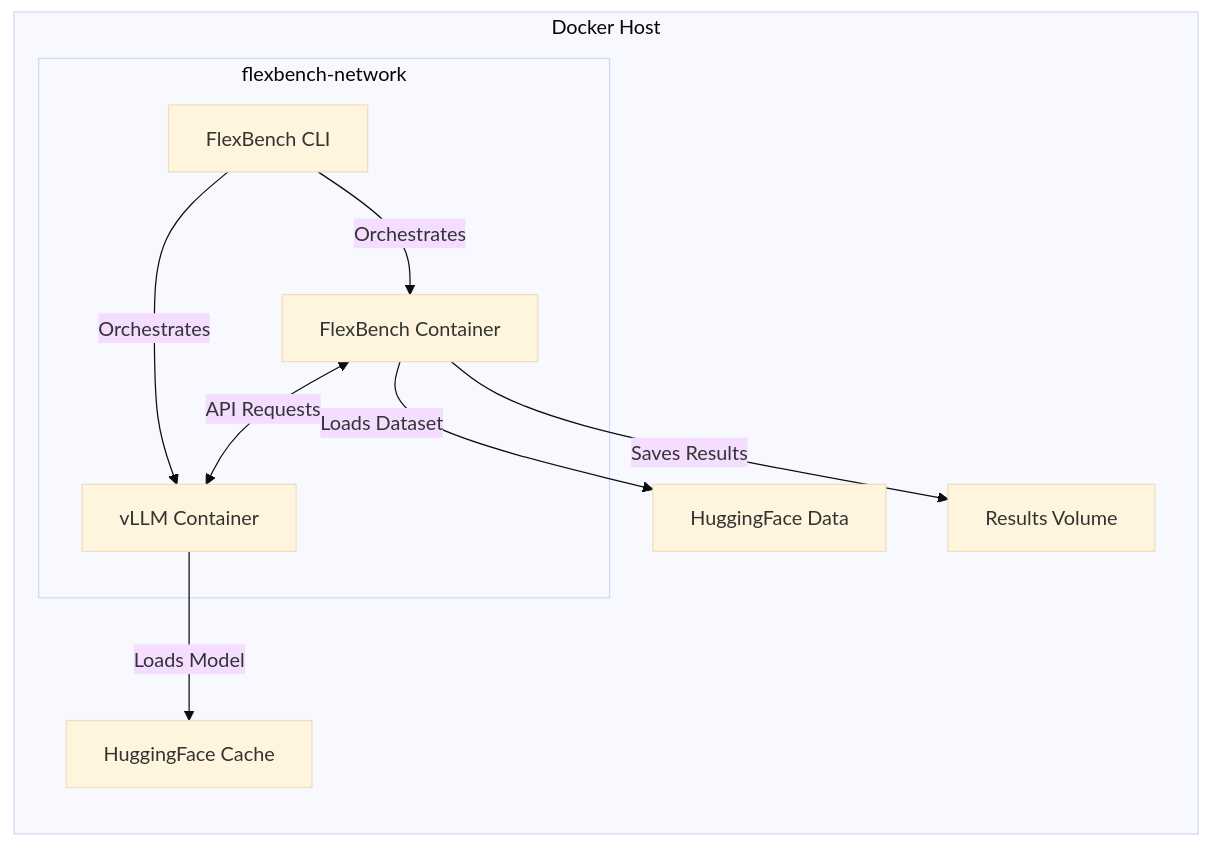
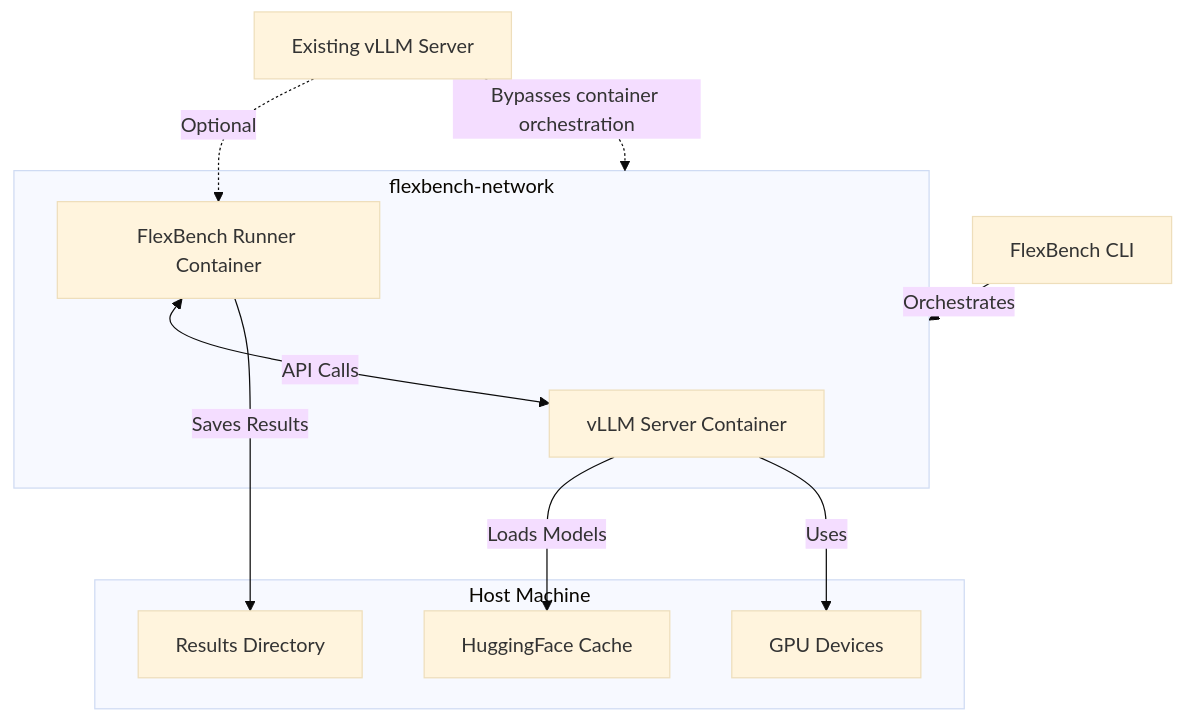
The diagram in README.md (flexaihq/flexbench), drawn with Mermaid (base theme) before and after one commit. The commit also changed other lines of this file and 41 other files, not shown here.

First line of the commit message:
Flexbench CLI: better orchestration, support for running server, auto detection of device type etc. (#29)

````diff
--- a/README.md
+++ b/README.md
@@ -87,13 +81,23 @@
 ```mermaid
-flowchart LR
-    subgraph Docker Host
-        subgraph Network[flexbench-network]
-            A[FlexBench CLI] -->|Orchestrates| B[vLLM Container]
-            A -->|Orchestrates| C[FlexBench Container]
-            C <-->|API Requests| B
-        end
-        B -->|Loads Model| D[HuggingFace Cache]
-        C -->|Loads Dataset| E[HuggingFace Data]
-        C -->|Saves Results| F[Results Volume]
+flowchart TD
+    A[FlexBench CLI] -->|Orchestrates| B[Docker Compose Network]
+
+    subgraph B[flexbench-network]
+        C[vLLM Server Container]
+        D[FlexBench Runner Container]
+        D <-->|API Calls| C
     end
+
+    subgraph Host Machine
+        E[HuggingFace Cache]
+        F[Results Directory]
+        G[GPU Devices]
+    end
+
+    C -->|Loads Models| E
+    D -->|Saves Results| F
+    C -->|Uses| G
+
+    H[Existing vLLM Server] -.->|Optional| D
+    H -.->|Bypasses container orchestration| B
 ```
````
